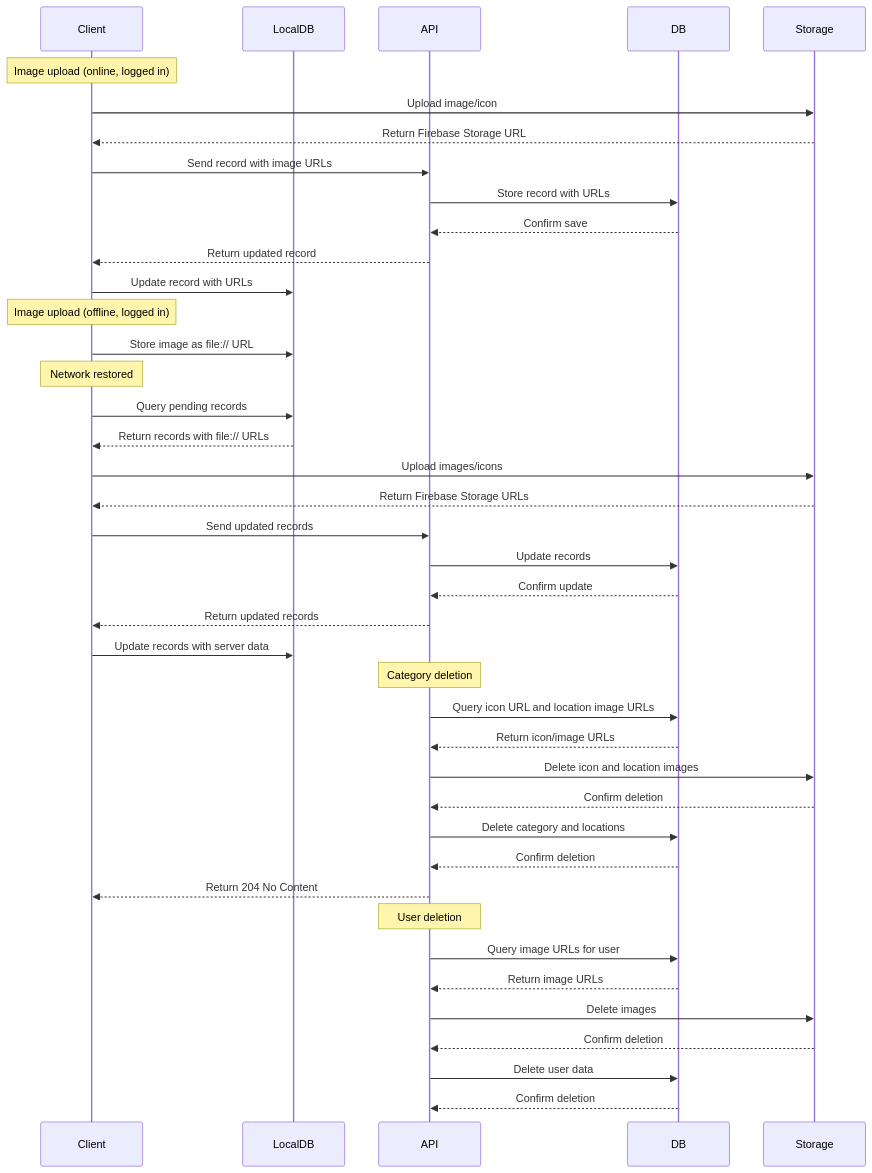
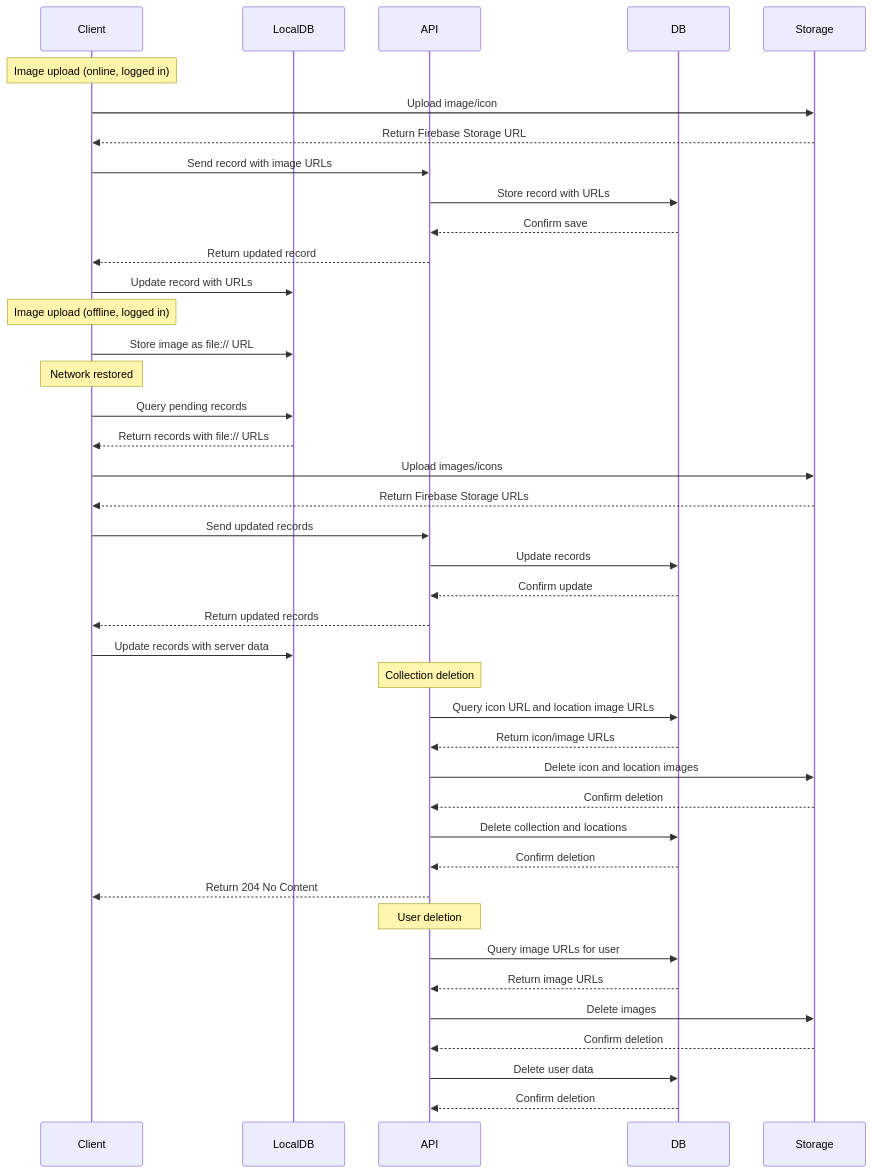
One commit to lhhiep2204/Locify changed the fourth of 5 diagrams in docs/Locify_System_Architecture.md. Above: the diagram before and after it, drawn with Mermaid. The commit also changed other lines of this file and 45 other files, not shown here.

Commit message:
Change the name of the "Category" to "Collection"

````diff
--- a/docs/Locify_System_Architecture.md
+++ b/docs/Locify_System_Architecture.md
@@ -151,44 +151,44 @@
 ```mermaid
 sequenceDiagram
     participant Client
     participant LocalDB
     participant API
     participant DB
     participant Storage
 
     Note over Client: Image upload (online, logged in)
     Client->>Storage: Upload image/icon
     Storage-->>Client: Return Firebase Storage URL
     Client->>API: Send record with image URLs
     API->>DB: Store record with URLs
     DB-->>API: Confirm save
     API-->>Client: Return updated record
     Client->>LocalDB: Update record with URLs
     Note over Client: Image upload (offline, logged in)
     Client->>LocalDB: Store image as file:// URL
     Note over Client: Network restored
     Client->>LocalDB: Query pending records
     LocalDB-->>Client: Return records with file:// URLs
     Client->>Storage: Upload images/icons
     Storage-->>Client: Return Firebase Storage URLs
     Client->>API: Send updated records
     API->>DB: Update records
     DB-->>API: Confirm update
     API-->>Client: Return updated records
     Client->>LocalDB: Update records with server data
-    Note over API: Category deletion
+    Note over API: Collection deletion
     API->>DB: Query icon URL and location image URLs
     DB-->>API: Return icon/image URLs
     API->>Storage: Delete icon and location images
     Storage-->>API: Confirm deletion
-    API->>DB: Delete category and locations
+    API->>DB: Delete collection and locations
     DB-->>API: Confirm deletion
     API-->>Client: Return 204 No Content
     Note over API: User deletion
     API->>DB: Query image URLs for user
     DB-->>API: Return image URLs
     API->>Storage: Delete images
     Storage-->>API: Confirm deletion
     API->>DB: Delete user data
     DB-->>API: Confirm deletion
 ```
````
